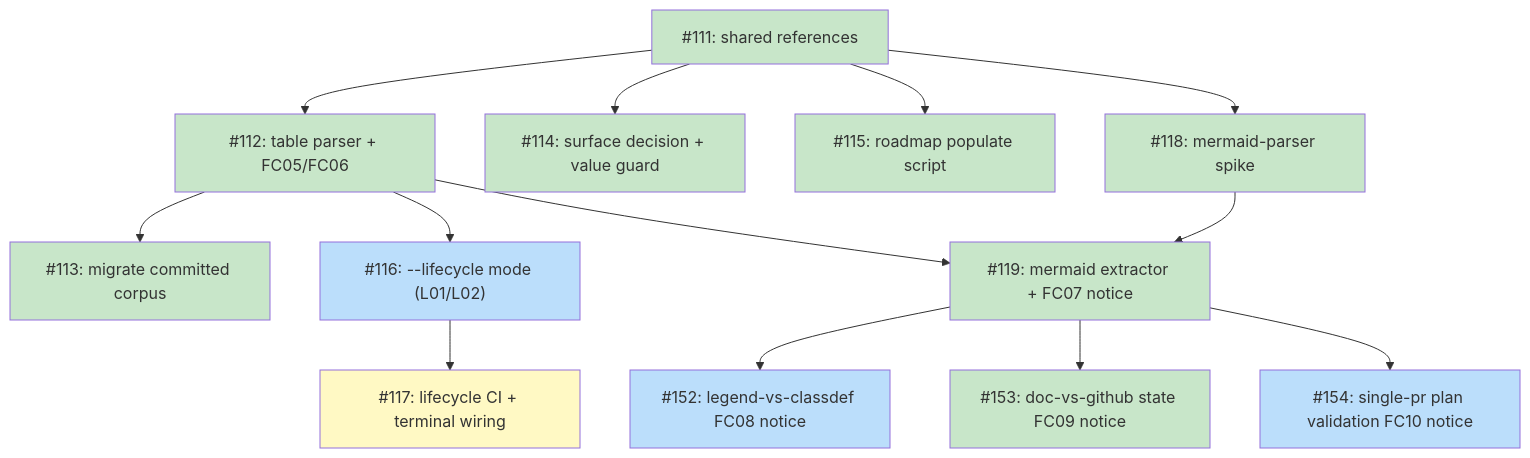
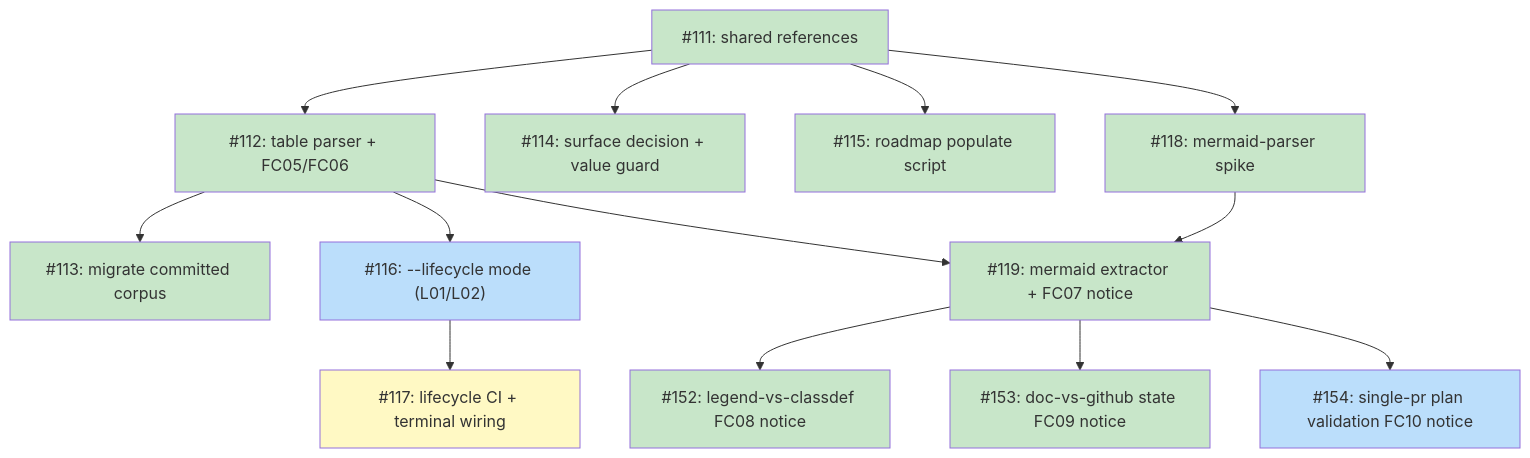
Before and after one commit to tsukumogami/shirabe: the diagram in docs/plans/PLAN-roadmap-plan-standardization.md, drawn with Mermaid. The commit also changed other lines of this file, not shown here.

````diff
--- a/docs/plans/PLAN-roadmap-plan-standardization.md
+++ b/docs/plans/PLAN-roadmap-plan-standardization.md
@@ -93,42 +93,42 @@
 ```mermaid
 graph TD
     I111["#111: shared references"]
     I112["#112: table parser + FC05/FC06"]
     I113["#113: migrate committed corpus"]
     I114["#114: surface decision + value guard"]
     I115["#115: roadmap populate script"]
     I116["#116: --lifecycle mode (L01/L02)"]
     I117["#117: lifecycle CI + terminal wiring"]
     I118["#118: mermaid-parser spike"]
     I119["#119: mermaid extractor + FC07 notice"]
     I152["#152: legend-vs-classdef FC08 notice"]
     I153["#153: doc-vs-github state FC09 notice"]
     I154["#154: single-pr plan validation FC10 notice"]
 
     I111 --> I112
     I111 --> I114
     I111 --> I115
     I111 --> I118
     I112 --> I113
     I112 --> I116
     I112 --> I119
     I116 --> I117
     I118 --> I119
     I119 --> I152
     I119 --> I153
     I119 --> I154
 
     classDef done fill:#c8e6c9
     classDef ready fill:#bbdefb
     classDef blocked fill:#fff9c4
     classDef needsDesign fill:#e1bee7
     classDef needsPrd fill:#b3e5fc
     classDef needsSpike fill:#ffcdd2
     classDef needsDecision fill:#d1c4e9
     classDef tracksDesign fill:#FFE0B2,stroke:#F57C00,color:#000
     classDef tracksPlan fill:#FFE0B2,stroke:#F57C00,color:#000
 
-    class I111,I112,I113,I114,I115,I118,I119,I153 done
-    class I116,I152,I154 ready
+    class I111,I112,I113,I114,I115,I118,I119,I152,I153 done
+    class I116,I154 ready
     class I117 blocked
 ```
````
